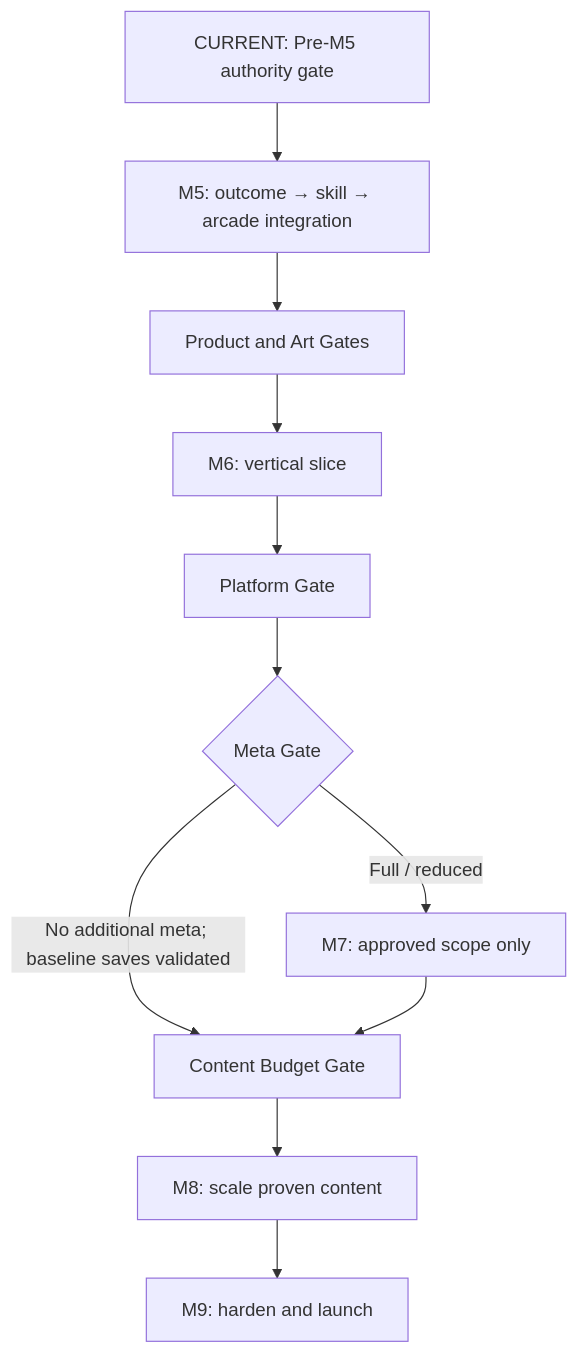
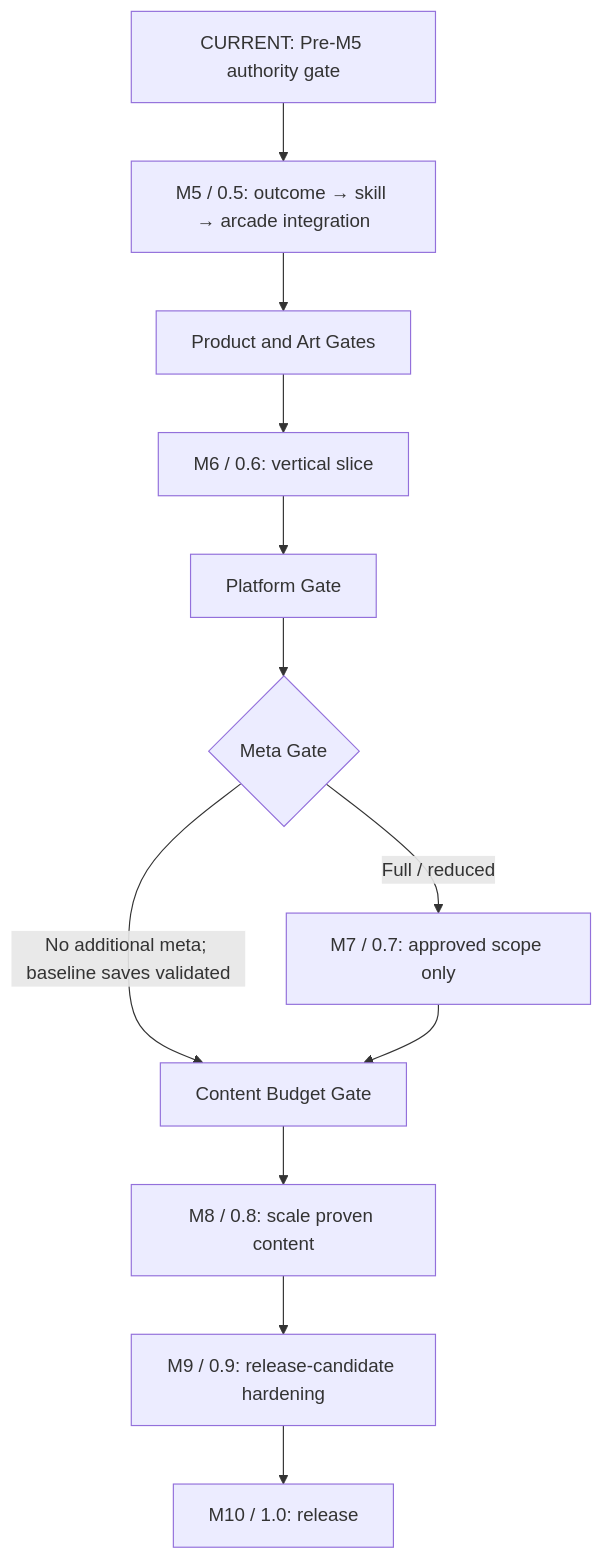
Before and after one commit to bongohorse/monster-girl-delivery: the diagram in docs/ROADMAP.md, drawn with Mermaid. The commit also changed other lines of this file, not shown here.

Commit message:
docs: map roadmap milestones to versions through 1.0

````diff
--- a/docs/ROADMAP.md
+++ b/docs/ROADMAP.md
@@ -557,13 +623,14 @@
 ```mermaid
 flowchart TD
-  PRE["CURRENT: Pre-M5 authority gate"] --> M5["M5: outcome → skill → arcade integration"]
+  PRE["CURRENT: Pre-M5 authority gate"] --> M5["M5 / 0.5: outcome → skill → arcade integration"]
   M5 --> PRODUCT["Product and Art Gates"]
-  PRODUCT --> M6["M6: vertical slice"]
+  PRODUCT --> M6["M6 / 0.6: vertical slice"]
   M6 --> PLATFORM["Platform Gate"]
   PLATFORM --> META{"Meta Gate"}
-  META -->|"Full / reduced"| M7["M7: approved scope only"]
+  META -->|"Full / reduced"| M7["M7 / 0.7: approved scope only"]
   META -->|"No additional meta; baseline saves validated"| BUDGET["Content Budget Gate"]
   M7 --> BUDGET
-  BUDGET --> M8["M8: scale proven content"]
-  M8 --> M9["M9: harden and launch"]
+  BUDGET --> M8["M8 / 0.8: scale proven content"]
+  M8 --> M9["M9 / 0.9: release-candidate hardening"]
+  M9 --> M10["M10 / 1.0: release"]
 ```
````
